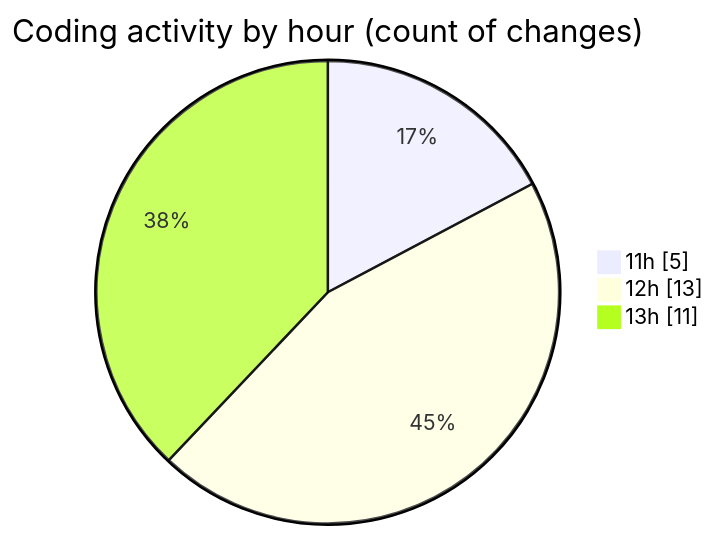
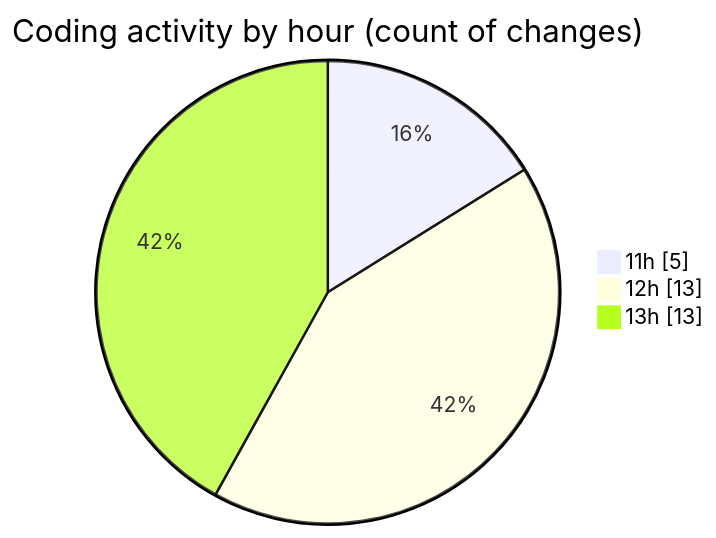
The second of 2 diagrams in 2025-08-06/nxtqube_webapp/README.md (nxtqubesakshisongat/code-tracking), drawn with Mermaid before and after one commit. The commit also changed other lines of this file and 1 other file, not shown here.

````diff
--- a/2025-08-06/nxtqube_webapp/README.md
+++ b/2025-08-06/nxtqube_webapp/README.md
@@ -38,7 +38,7 @@
 ```mermaid
 pie showData
 title Coding activity by hour (count of changes)
 "11h" : 5
 "12h" : 13
-"13h" : 11
+"13h" : 13
 ```
````
